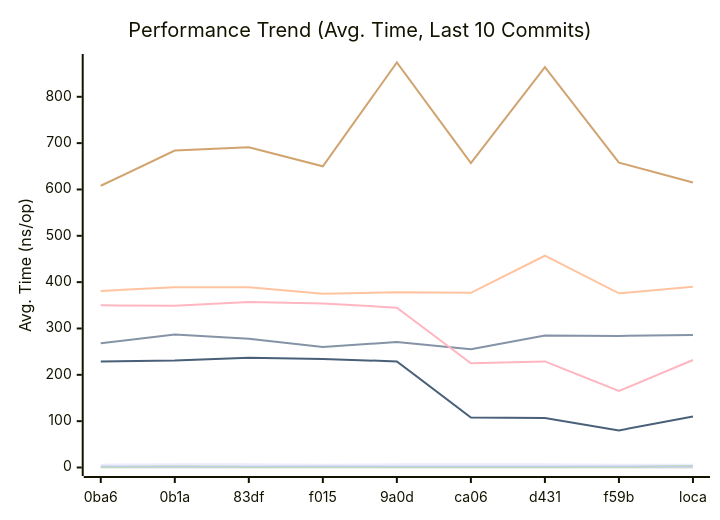
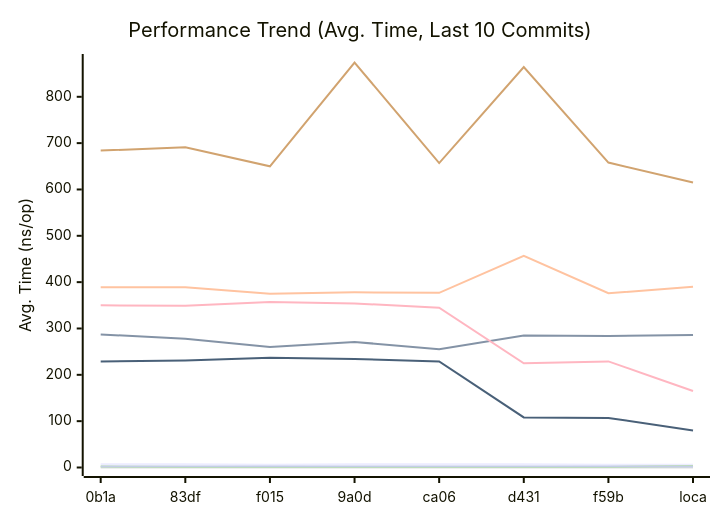
Before and after one commit to alsotoes/momo: the first of 3 diagrams in docs/PERFORMANCE.md, drawn with Mermaid. The commit also changed other lines of this file and 3 other files, not shown here.

````diff
--- a/docs/PERFORMANCE.md
+++ b/docs/PERFORMANCE.md
@@ -80,16 +80,16 @@
 ```mermaid
 xychart-beta
     title "Performance Trend (Avg. Time, Last 10 Commits)"
     x-axis "Commit"
     y-axis "Avg. Time (ns/op)"
-    x-axis [0ba6,0b1a,83df,f015,9a0d,ca06,d431,f59b,loca]
-    line "CheckMetricsAndSwap" [6,7,7,6,7,7,7,6,6,7]
-    line "CrushOptimized" [268,287,278,260,271,255,285,284,286,323]
-    line "CrushOriginal" [381,389,389,375,378,377,457,376,390,365]
+    x-axis [0b1a,83df,f015,9a0d,ca06,d431,f59b,loca]
+    line "CheckMetricsAndSwap" [7,7,6,7,7,7,6,6,7,7]
+    line "CrushOptimized" [287,278,260,271,255,285,284,286,323,345]
+    line "CrushOriginal" [389,389,375,378,377,457,376,390,365,708]
     line "IndexDirectTracking" [0,0,0,0,0,0,0,0,0,0]
-    line "IndexSearch" [1,2,1,1,1,1,1,1,3,1]
-    line "LoadGlobalConfig" [608,684,691,650,874,657,864,658,615,611]
+    line "IndexSearch" [2,1,1,1,1,1,1,3,1,3]
+    line "LoadGlobalConfig" [684,691,650,874,657,864,658,615,611,855]
     line "PadString" [2,2,2,2,2,2,2,2,2,2]
     line "ParseReplicationOrder_NoPrealloc" [350,349,357,354,345,225,229,165,232,234]
     line "ParseReplicationOrder_Prealloc" [229,231,237,234,229,108,107,80,110,109]
 ```
````
